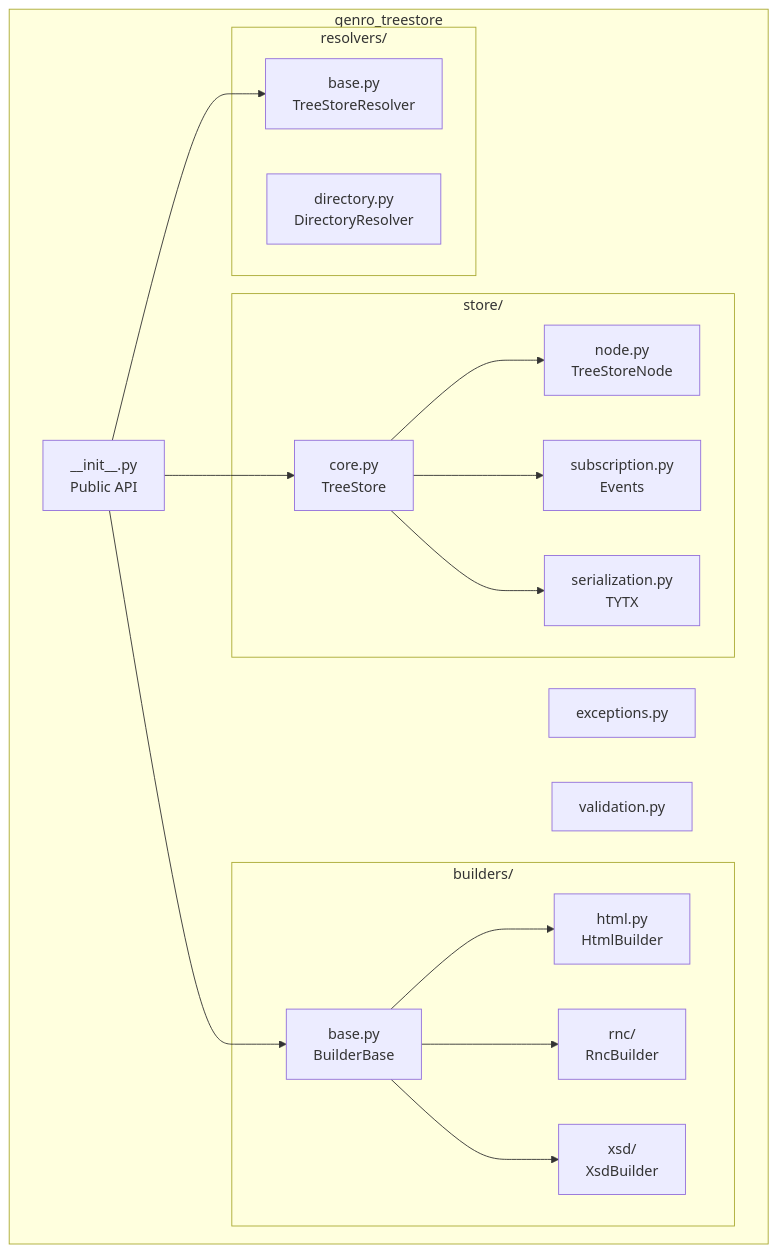
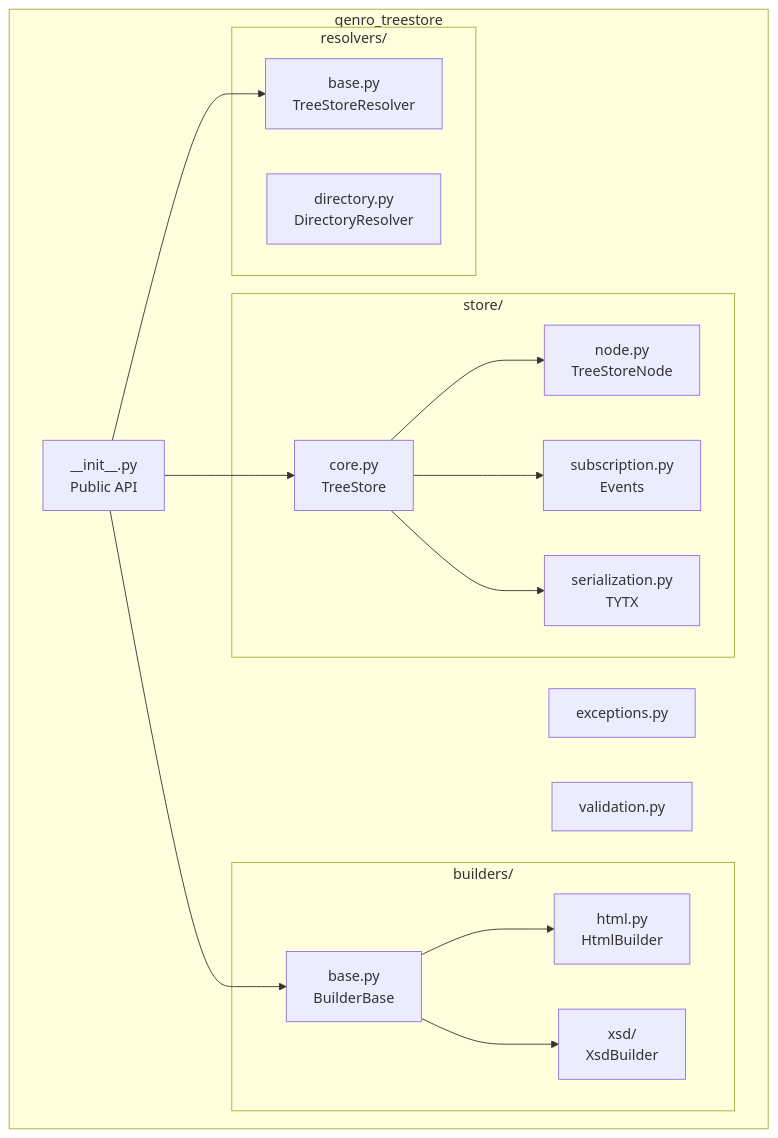
The sixth of 6 diagrams in README.md (genropy/genro-treestore), drawn with Mermaid before and after one commit. The commit also changed other lines of this file and 17 other files, not shown here.

First line of the commit message:
refactor: replace RNC parser with pre-compiled MessagePack schema

````diff
--- a/README.md
+++ b/README.md
@@ -374,38 +353,36 @@
 ```mermaid
 graph TB
     subgraph "genro_treestore"
         INIT[__init__.py<br/>Public API]
 
         subgraph "store/"
             CORE[core.py<br/>TreeStore]
             NODE[node.py<br/>TreeStoreNode]
             SUB[subscription.py<br/>Events]
             SER[serialization.py<br/>TYTX]
         end
 
         subgraph "builders/"
             BASE[base.py<br/>BuilderBase]
             HTML[html.py<br/>HtmlBuilder]
-            RNC[rnc/<br/>RncBuilder]
             XSD[xsd/<br/>XsdBuilder]
         end
 
         subgraph "resolvers/"
             RBASE[base.py<br/>TreeStoreResolver]
             DIR[directory.py<br/>DirectoryResolver]
         end
 
         EXC[exceptions.py]
         VAL[validation.py]
     end
 
     INIT --> CORE
     INIT --> BASE
     INIT --> RBASE
     CORE --> NODE
     CORE --> SUB
     CORE --> SER
     BASE --> HTML
-    BASE --> RNC
     BASE --> XSD
 ```
````
